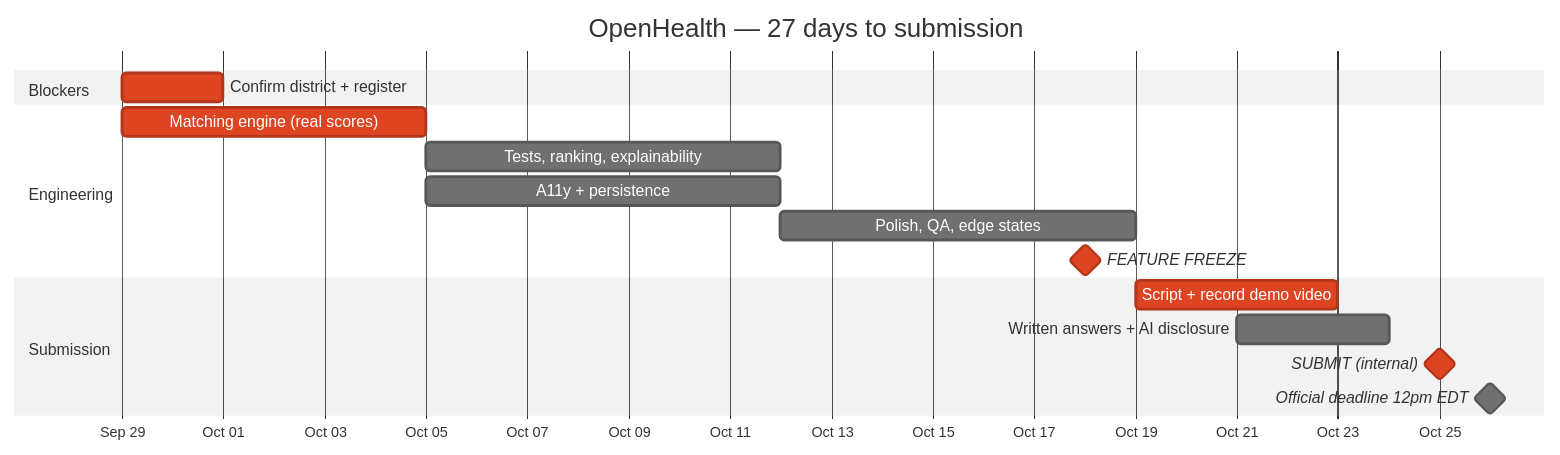
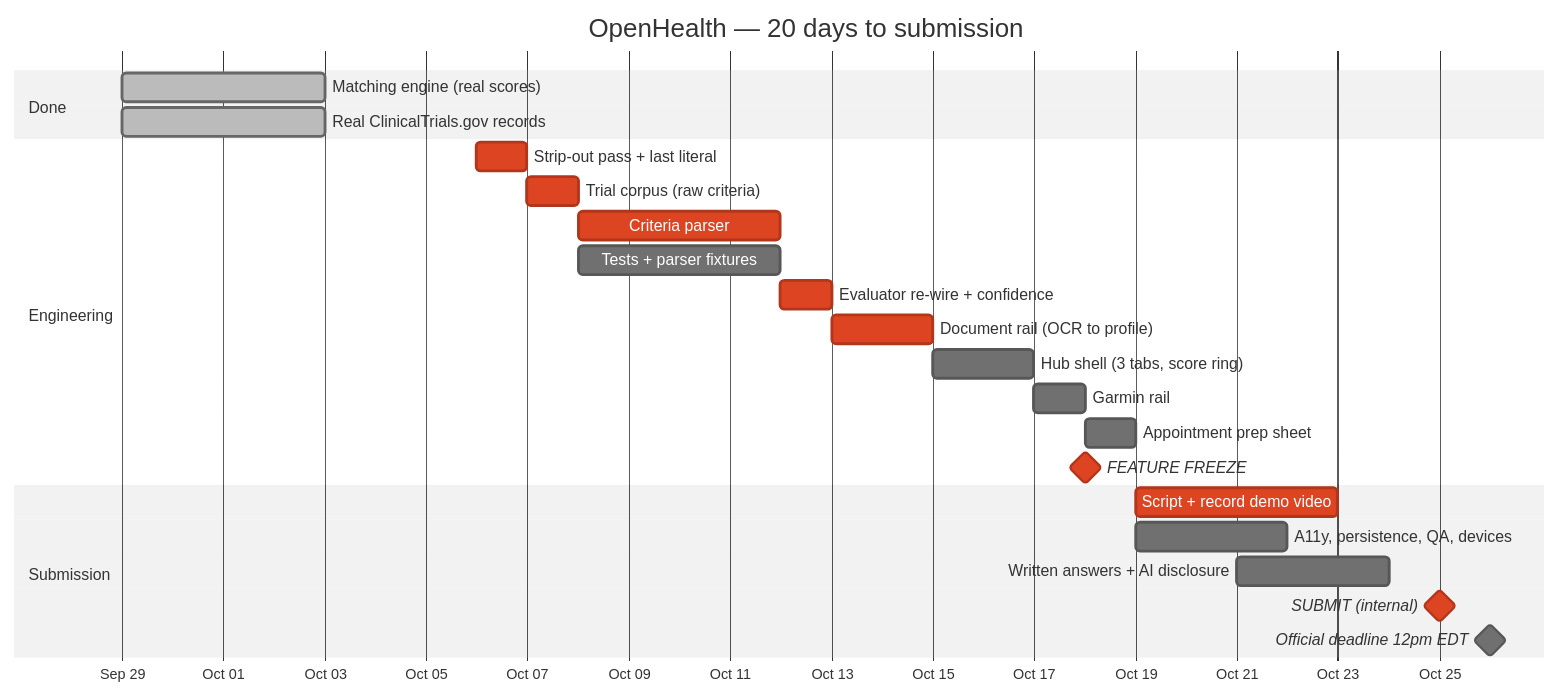
The diagram in docs/ROADMAP.md (charlieramus/openhealth), drawn with Mermaid (neutral theme) before and after one commit. The commit also changed other lines of this file and 18 other files, not shown here.

````diff
--- a/docs/ROADMAP.md
+++ b/docs/ROADMAP.md
@@ -263,22 +360,29 @@
 ```mermaid
 gantt
-    title OpenHealth — 27 days to submission
+    title OpenHealth — 20 days to submission
     dateFormat YYYY-MM-DD
     axisFormat %b %d
 
-    section Blockers
-    Confirm district + register     :crit, reg, 2026-09-29, 2d
+    section Done
+    Matching engine (real scores)   :done, w1, 2026-09-29, 4d
+    Real ClinicalTrials.gov records :done, w1b, 2026-09-29, 4d
 
     section Engineering
-    Matching engine (real scores)   :crit, w1, 2026-09-29, 6d
-    Tests, ranking, explainability  :w2, 2026-10-05, 7d
-    A11y + persistence              :w2b, 2026-10-05, 7d
-    Polish, QA, edge states         :w3, 2026-10-12, 7d
+    Strip-out pass + last literal   :crit, s5, 2026-10-06, 1d
+    Trial corpus (raw criteria)     :crit, s3, 2026-10-07, 1d
+    Criteria parser                 :crit, s1, 2026-10-08, 4d
+    Tests + parser fixtures         :s24, 2026-10-08, 4d
+    Evaluator re-wire + confidence  :crit, s2, 2026-10-12, 1d
+    Document rail (OCR to profile)  :crit, s4, 2026-10-13, 2d
+    Hub shell (3 tabs, score ring)  :s6, 2026-10-15, 2d
+    Garmin rail                     :s7, 2026-10-17, 1d
+    Appointment prep sheet          :s8, 2026-10-18, 1d
     FEATURE FREEZE                  :milestone, crit, frz, 2026-10-18, 0d
 
     section Submission
     Script + record demo video      :crit, vid, 2026-10-19, 4d
+    A11y, persistence, QA, devices  :post, 2026-10-19, 3d
     Written answers + AI disclosure :ans, 2026-10-21, 3d
     SUBMIT (internal)               :milestone, crit, sub, 2026-10-25, 0d
     Official deadline 12pm EDT      :milestone, dl, 2026-10-26, 0d
 ```
````
